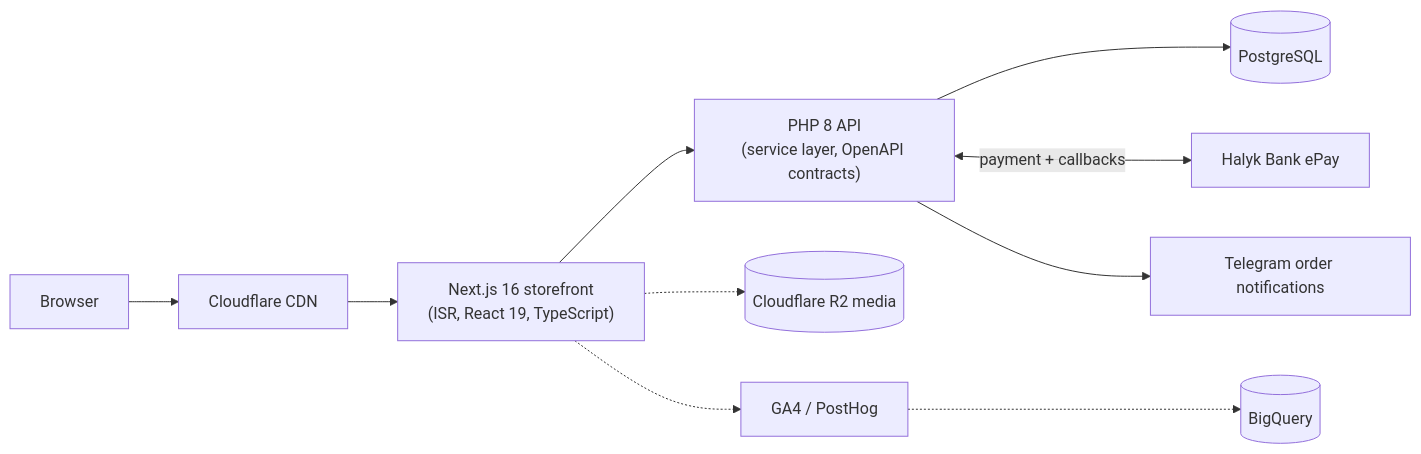
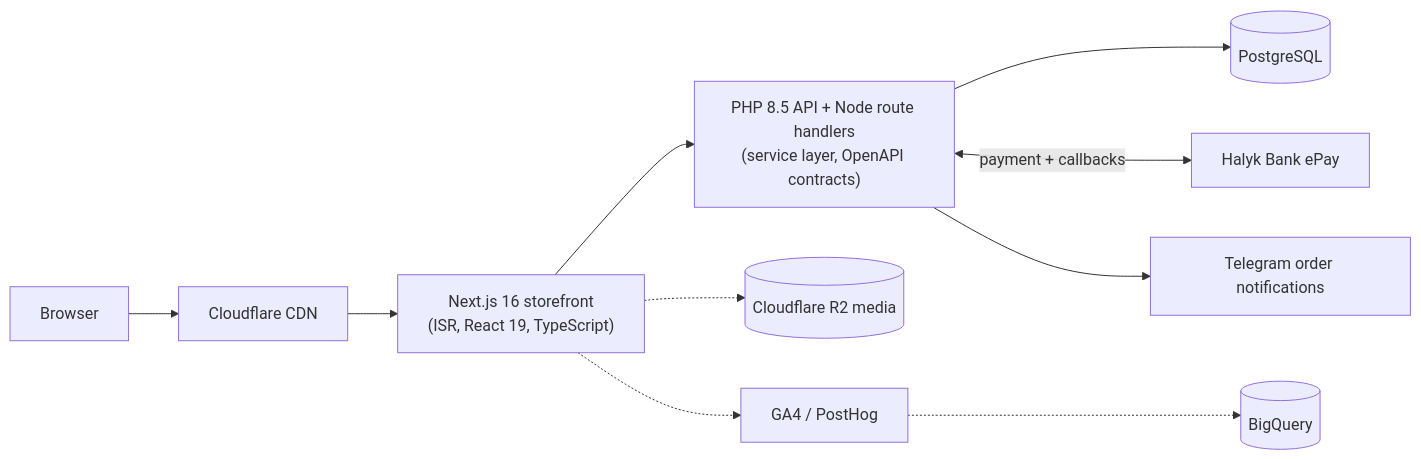
One commit to unsound-mint/unsound-mint changed the diagram in case-studies/happyend.md. Above: the diagram before and after it, drawn with Mermaid. The commit also changed other lines of this file and 2 other files, not shown here.

````diff
--- a/case-studies/happyend.md
+++ b/case-studies/happyend.md
@@ -11,11 +11,11 @@
 ```mermaid
 flowchart LR
     B[Browser] --> CF[Cloudflare CDN]
     CF --> N["Next.js 16 storefront<br/>(ISR, React 19, TypeScript)"]
-    N --> API["PHP 8 API<br/>(service layer, OpenAPI contracts)"]
+    N --> API["PHP 8.5 API + Node route handlers<br/>(service layer, OpenAPI contracts)"]
     API --> PG[(PostgreSQL)]
     API <-->|payment + callbacks| H[Halyk Bank ePay]
     API --> TG[Telegram order notifications]
     N -.-> R2[(Cloudflare R2 media)]
     N -.-> A[GA4 / PostHog] -.-> BQ[(BigQuery)]
 ```
````
